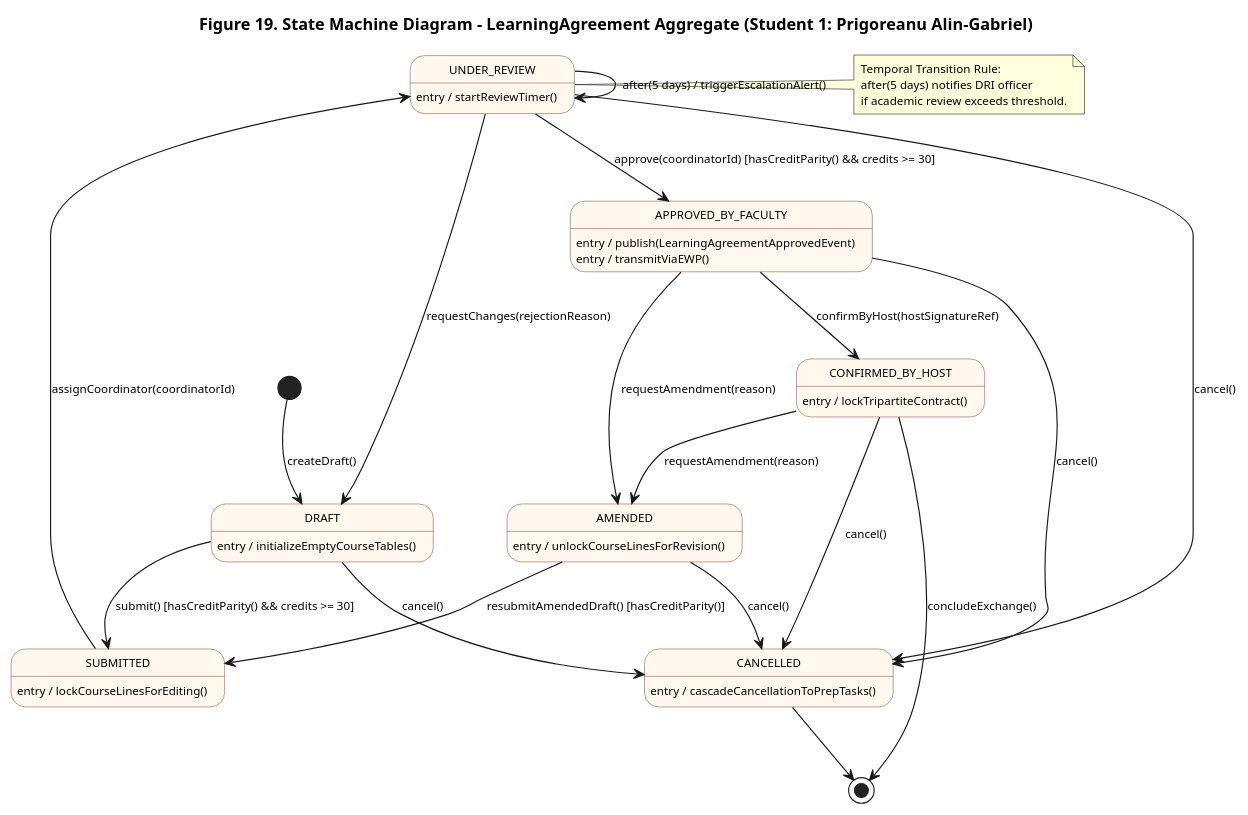
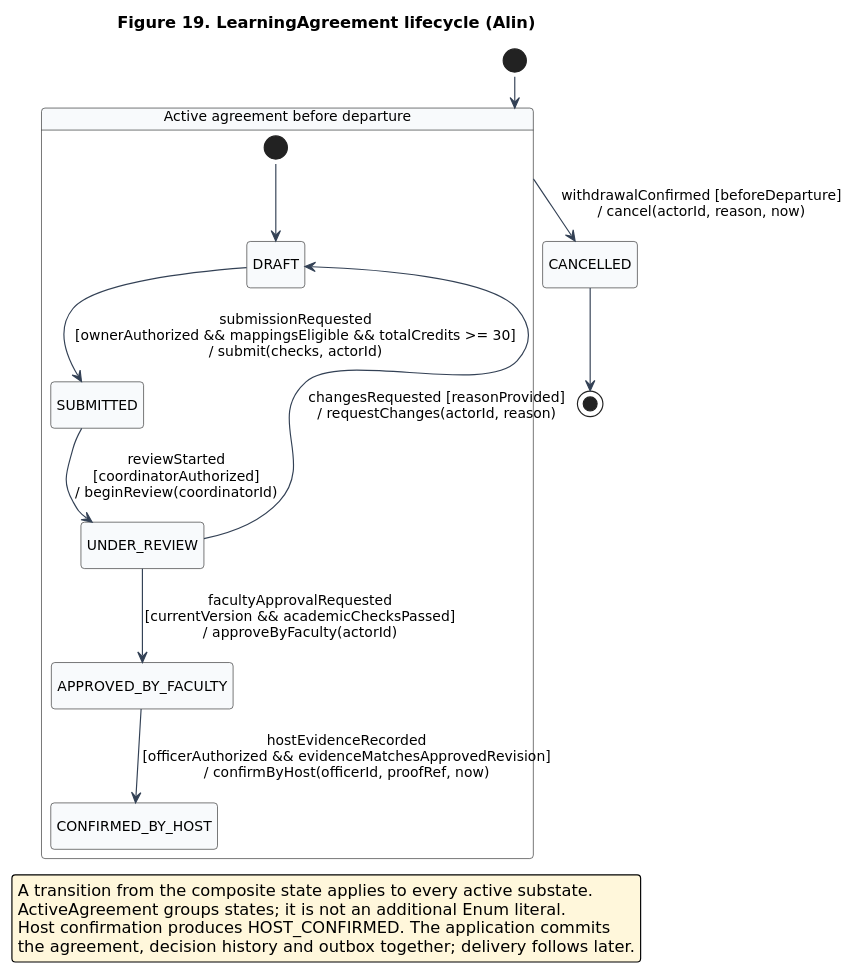
One commit to prigo929/erasmus-mobility-platform changed the diagram in docs/diagrams/fig19-statemachine-learning-agreement.puml. Above: the diagram before and after it, drawn with PlantUML. The commit also changed other lines of this file and 88 other files, not shown here.

Commit message:
Align Erasmus use cases and diagrams

```diff
--- a/docs/diagrams/fig19-statemachine-learning-agreement.puml
+++ b/docs/diagrams/fig19-statemachine-learning-agreement.puml
@@ -1,73 +1,29 @@
 @startuml
-title Figure 19. State Machine Diagram - LearningAgreement Aggregate (Student 1: Prigoreanu Alin-Gabriel)
-skinparam backgroundColor #FFFFFF
-skinparam defaultFontName "Helvetica", "Arial", sans-serif
-skinparam defaultFontSize 10
-skinparam state {
-  BackgroundColor #FFF8EE
-  BorderColor #8D5B4C
-  FontSize 10
-  HeaderBackgroundColor #FCEBD9
+!pragma layout smetana
+skinparam defaultFontName DejaVu Sans
+skinparam defaultFontSize 12
+skinparam shadowing false
+skinparam roundcorner 6
+skinparam ArrowColor #334155
+skinparam stateBackgroundColor #F8FAFC
+skinparam legendBackgroundColor #FFF7DB
+hide empty description
+title Figure 19. LearningAgreement lifecycle (Alin)
+state "Active agreement before departure" as ActiveAgreement {
+ [*] --> DRAFT
+ DRAFT --> SUBMITTED : submissionRequested\n[ownerAuthorized && mappingsEligible && totalCredits >= 30]\n/ submit(checks, actorId)
+ SUBMITTED --> UNDER_REVIEW : reviewStarted\n[coordinatorAuthorized]\n/ beginReview(coordinatorId)
+ UNDER_REVIEW --> DRAFT : changesRequested [reasonProvided]\n/ requestChanges(actorId, reason)
+ UNDER_REVIEW --> APPROVED_BY_FACULTY : facultyApprovalRequested\n[currentVersion && academicChecksPassed]\n/ approveByFaculty(actorId)
+ APPROVED_BY_FACULTY --> CONFIRMED_BY_HOST : hostEvidenceRecorded\n[officerAuthorized && evidenceMatchesApprovedRevision]\n/ confirmByHost(officerId, proofRef, now)
 }
-
-[*] --> DRAFT : createDraft()
-
-state DRAFT {
-  DRAFT : entry / initializeEmptyCourseTables()
-}
-
-DRAFT --> SUBMITTED : submit() [hasCreditParity() && credits >= 30]
-DRAFT --> CANCELLED : cancel()
-
-state SUBMITTED {
-  SUBMITTED : entry / lockCourseLinesForEditing()
-}
-
-SUBMITTED --> UNDER_REVIEW : assignCoordinator(coordinatorId)
-
-state UNDER_REVIEW {
-  UNDER_REVIEW : entry / startReviewTimer()
-}
-
-UNDER_REVIEW --> UNDER_REVIEW : after(5 days) / triggerEscalationAlert()
-UNDER_REVIEW --> DRAFT : requestChanges(rejectionReason)
-UNDER_REVIEW --> APPROVED_BY_FACULTY : approve(coordinatorId) [hasCreditParity() && credits >= 30]
-UNDER_REVIEW --> CANCELLED : cancel()
-
-state APPROVED_BY_FACULTY {
-  APPROVED_BY_FACULTY : entry / publish(LearningAgreementApprovedEvent)
-  APPROVED_BY_FACULTY : entry / transmitViaEWP()
-}
-
-APPROVED_BY_FACULTY --> CONFIRMED_BY_HOST : confirmByHost(hostSignatureRef)
-APPROVED_BY_FACULTY --> AMENDED : requestAmendment(reason)
-APPROVED_BY_FACULTY --> CANCELLED : cancel()
-
-state CONFIRMED_BY_HOST {
-  CONFIRMED_BY_HOST : entry / lockTripartiteContract()
-}
-
-CONFIRMED_BY_HOST --> AMENDED : requestAmendment(reason)
-CONFIRMED_BY_HOST --> CANCELLED : cancel()
-
-state AMENDED {
-  AMENDED : entry / unlockCourseLinesForRevision()
-}
-
-AMENDED --> SUBMITTED : resubmitAmendedDraft() [hasCreditParity()]
-AMENDED --> CANCELLED : cancel()
-
-state CANCELLED {
-  CANCELLED : entry / cascadeCancellationToPrepTasks()
-}
-
+[*] --> ActiveAgreement
+ActiveAgreement --> CANCELLED : withdrawalConfirmed [beforeDeparture]\n/ cancel(actorId, reason, now)
 CANCELLED --> [*]
-CONFIRMED_BY_HOST --> [*] : concludeExchange()
-
-note right of UNDER_REVIEW
-  Temporal Transition Rule:
-  after(5 days) notifies DRI officer
-  if academic review exceeds threshold.
-end note
-
+legend bottom
+ A transition from the composite state applies to every active substate.
+ ActiveAgreement groups states; it is not an additional Enum literal.
+ Host confirmation produces HOST_CONFIRMED. The application commits
+ the agreement, decision history and outbox together; delivery follows later.
+endlegend
 @enduml
```
